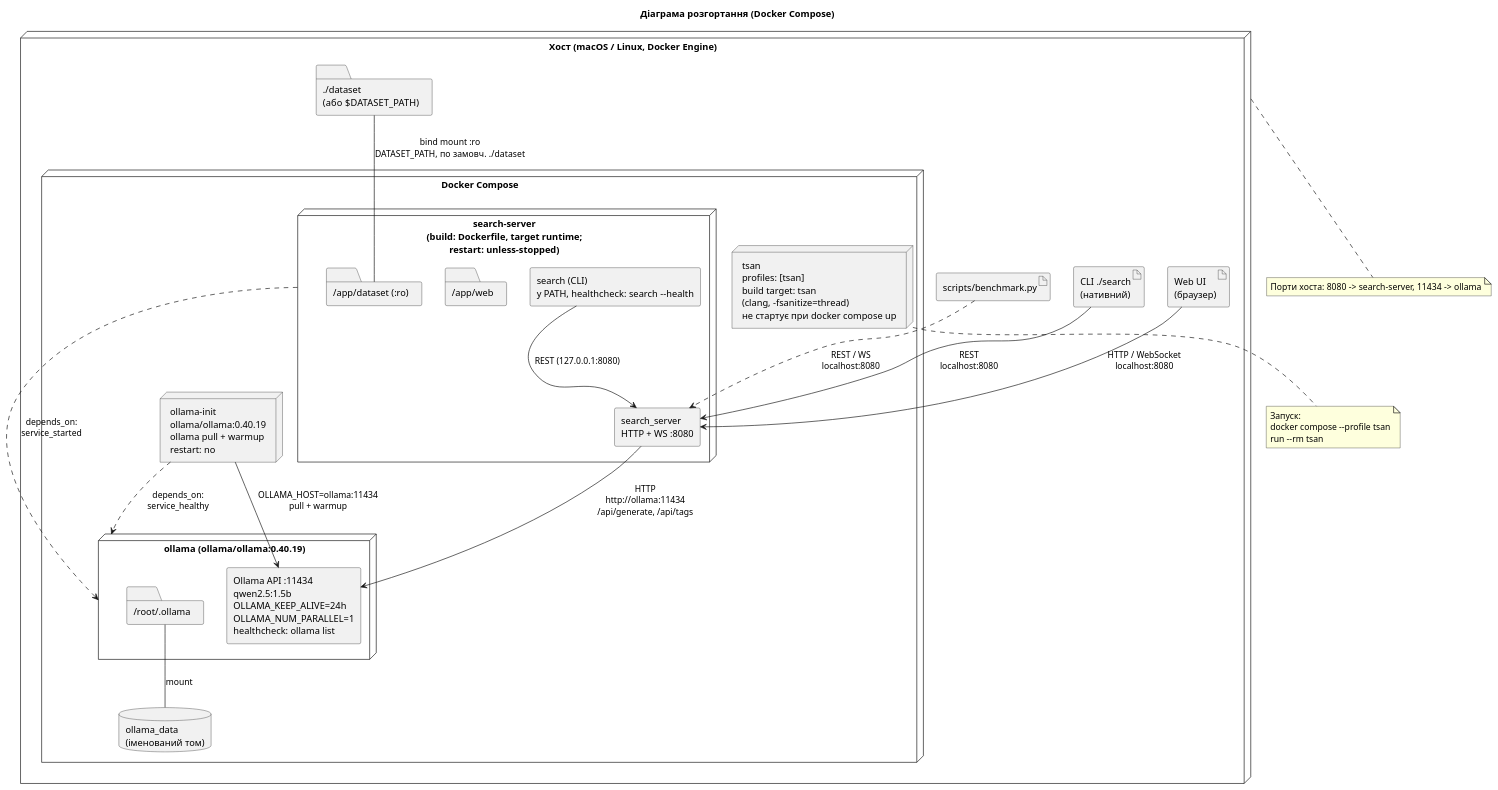
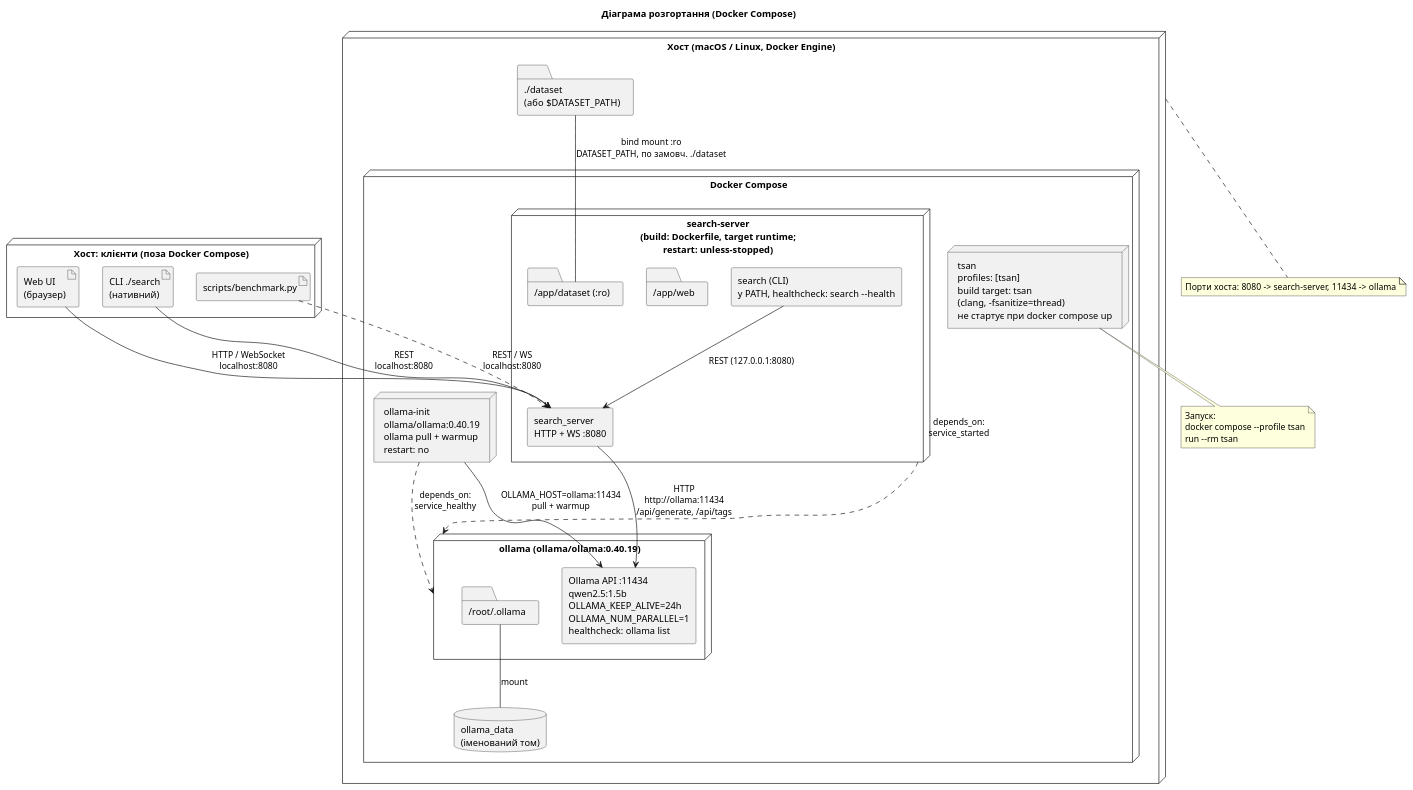
Before and after one commit to DariaMelnyk0206/course_work_parallel_computing: the diagram in docs/uml/deployment.puml, drawn with PlantUML. The commit also changed 1 other file, not shown here.

Commit message:
docs(uml): fix deployment diagram layout

```diff
--- a/docs/uml/deployment.puml
+++ b/docs/uml/deployment.puml
@@ -1,55 +1,57 @@
 @startuml deployment
 title Діаграма розгортання (Docker Compose)
 skinparam shadowing false
 skinparam componentStyle rectangle
 
-node "Хост (macOS / Linux, Docker Engine)" as Host {
+node "Хост: клієнти (поза Docker Compose)" as Clients {
   artifact "Web UI\n(браузер)" as Browser
   artifact "CLI ./search\n(нативний)" as CliHost
   artifact "scripts/benchmark.py" as Bench
+}
+node "Хост (macOS / Linux, Docker Engine)" as Host {
   folder "./dataset\n(або $DATASET_PATH)" as DatasetDir
 
   node "Docker Compose" as Compose {
     node "search-server\n(build: Dockerfile, target runtime;\nrestart: unless-stopped)" as SS {
       component "search_server\nHTTP + WS :8080" as Srv
       component "search (CLI)\nу PATH, healthcheck: search --health" as CliCont
       folder "/app/web" as WebDir
       folder "/app/dataset (:ro)" as DatasetMnt
     }
 
     node "ollama (ollama/ollama:0.40.19)" as Ol {
       component "Ollama API :11434\nqwen2.5:1.5b\nOLLAMA_KEEP_ALIVE=24h\nOLLAMA_NUM_PARALLEL=1\nhealthcheck: ollama list" as OlApi
       folder "/root/.ollama" as OlDir
     }
 
     node "ollama-init\nollama/ollama:0.40.19\nollama pull + warmup\nrestart: no" as Init
 
     node "tsan\nprofiles: [tsan]\nbuild target: tsan\n(clang, -fsanitize=thread)\nне стартує при docker compose up" as Tsan
 
     database "ollama_data\n(іменований том)" as Vol
   }
 }
 
 Browser --> Srv : HTTP / WebSocket\nlocalhost:8080
 CliHost --> Srv : REST\nlocalhost:8080
 Bench ..> Srv : REST / WS\nlocalhost:8080
 
 CliCont --> Srv : REST (127.0.0.1:8080)
 Srv --> OlApi : HTTP\nhttp://ollama:11434\n/api/generate, /api/tags
 Init --> OlApi : OLLAMA_HOST=ollama:11434\npull + warmup
 Init ..> Ol : depends_on:\nservice_healthy
 SS ..> Ol : depends_on:\nservice_started
 
 OlDir -- Vol : mount
 DatasetDir -- DatasetMnt : bind mount :ro\nDATASET_PATH, по замовч. ./dataset
 
 note bottom of Tsan
   Запуск:
   docker compose --profile tsan
   run --rm tsan
 end note
 
 note bottom of Host
   Порти хоста: 8080 -> search-server, 11434 -> ollama
 end note
 @enduml
```
